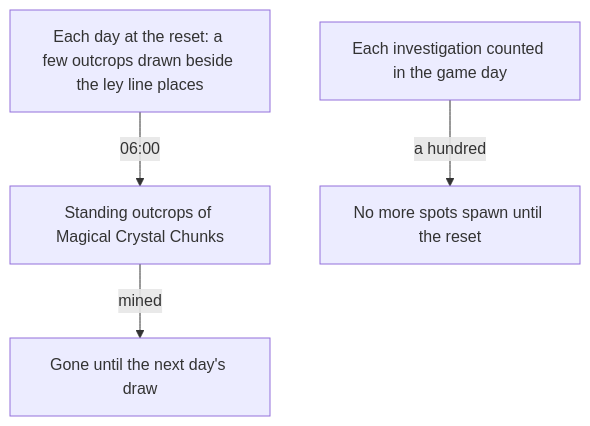
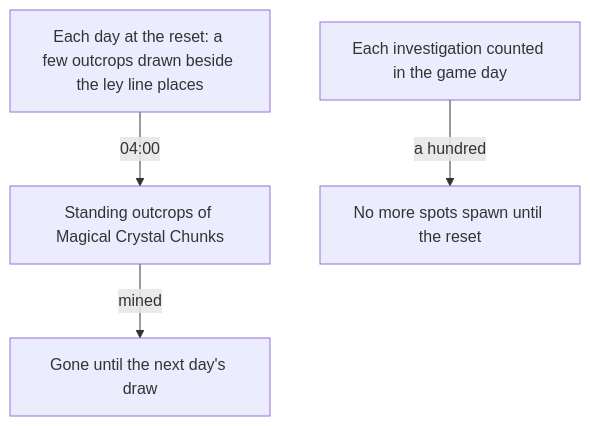
One commit to Esposter/Esposter changed the diagram in openspec/changes/genshin-gathering/design.md. Above: the diagram before and after it, drawn with Mermaid. The commit also changed other lines of this file and 20 other files, not shown here.

````diff
--- a/openspec/changes/genshin-gathering/design.md
+++ b/openspec/changes/genshin-gathering/design.md
@@ -13,6 +12,6 @@
 ```mermaid
 flowchart TD
-  D["Each day at the reset: a few outcrops drawn beside the ley line places"] -->|"06:00"| O["Standing outcrops of Magical Crystal Chunks"]
+  D["Each day at the reset: a few outcrops drawn beside the ley line places"] -->|"04:00"| O["Standing outcrops of Magical Crystal Chunks"]
   O -->|"mined"| G["Gone until the next day's draw"]
   I["Each investigation counted in the game day"] -->|"a hundred"| N["No more spots spawn until the reset"]
 ```
````
